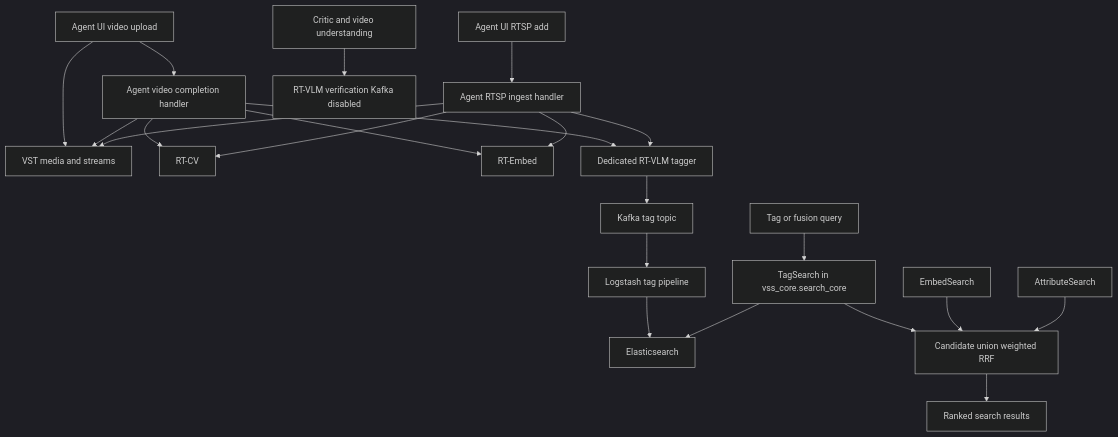
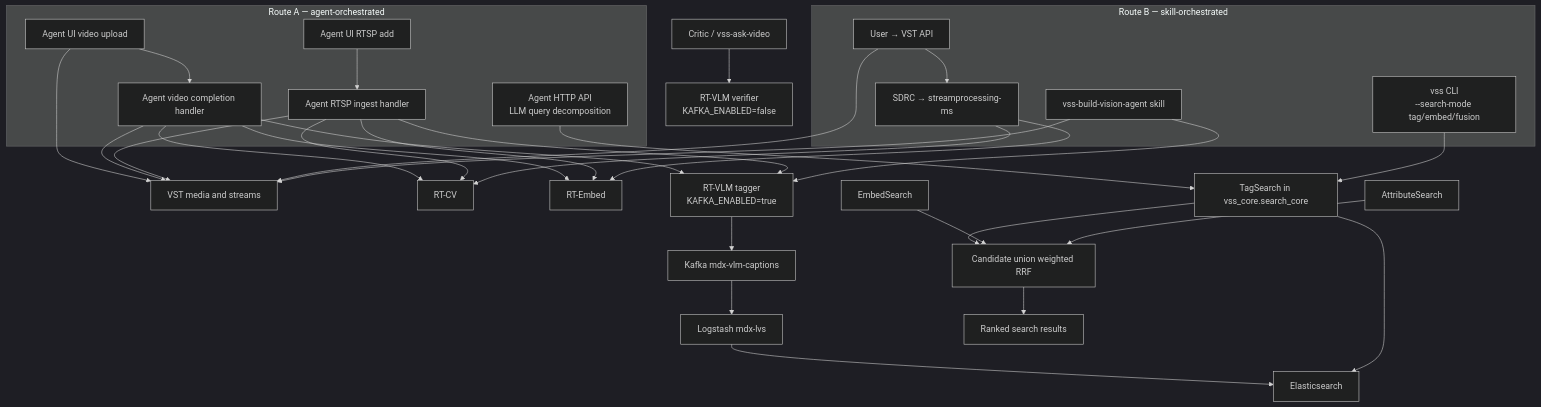
The third of 3 diagrams in docs/designs/vlm-tagging-search.md (ashan-nv/video-search-and-summarization), drawn with Mermaid (dark theme) before and after one commit. The commit also changed other lines of this file, not shown here.

Commit message:
Updated the vlm tagging doc w.r.t deployment route based changes

````diff
--- a/docs/designs/vlm-tagging-search.md
+++ b/docs/designs/vlm-tagging-search.md
@@ -193,48 +224,67 @@
 ```mermaid
 flowchart TD
-    VideoUI["Agent UI video upload"]
-    RtspUI["Agent UI RTSP add"]
+    subgraph A["Route A — agent-orchestrated"]
+        VideoUI["Agent UI video upload"]
+        RtspUI["Agent UI RTSP add"]
+        VideoComplete["Agent video completion handler"]
+        RtspAdd["Agent RTSP ingest handler"]
+        AgentQuery["Agent HTTP API\nLLM query decomposition"]
+    end
+
+    subgraph B["Route B — skill-orchestrated"]
+        UserVST["User → VST API"]
+        SDRC["SDRC → streamprocessing-ms"]
+        Skill["vss-build-vision-agent skill"]
+        CLI["vss CLI\n--search-mode tag/embed/fusion"]
+    end
+
     Vst["VST media and streams"]
-    VideoComplete["Agent video completion handler"]
-    RtspAdd["Agent RTSP ingest handler"]
     RtCv["RT-CV"]
     RtEmbed["RT-Embed"]
-    RtVlm["Dedicated RT-VLM tagger"]
-    VerifyFlow["Critic and video understanding"]
-    VerifyVlm["RT-VLM verification Kafka disabled"]
-    Kafka["Kafka tag topic"]
-    Logstash["Logstash tag pipeline"]
+    RtVlm["RT-VLM tagger\nKAFKA_ENABLED=true"]
+    VerifyVlm["RT-VLM verifier\nKAFKA_ENABLED=false"]
+    Critic["Critic / vss-ask-video"]
+    Kafka["Kafka mdx-vlm-captions"]
+    Logstash["Logstash mdx-lvs"]
     Elasticsearch["Elasticsearch"]
-    Query["Tag or fusion query"]
     TagSearch["TagSearch in vss_core.search_core"]
     EmbedSearch["EmbedSearch"]
     AttributeSearch["AttributeSearch"]
     Fusion["Candidate union weighted RRF"]
     Results["Ranked search results"]
 
     VideoUI --> Vst
     VideoUI --> VideoComplete
     VideoComplete --> Vst
     VideoComplete --> RtCv
     VideoComplete --> RtEmbed
     VideoComplete --> RtVlm
 
     RtspUI --> RtspAdd
     RtspAdd --> Vst
     RtspAdd --> RtCv
     RtspAdd --> RtEmbed
     RtspAdd --> RtVlm
 
-    VerifyFlow --> VerifyVlm
+    UserVST --> Vst
+    UserVST --> SDRC
+    SDRC --> RtCv
+    SDRC --> RtEmbed
+    Skill --> Vst
+    Skill --> RtVlm
+
+    Critic --> VerifyVlm
+
+    AgentQuery --> TagSearch
+    CLI --> TagSearch
 
     RtVlm --> Kafka
     Kafka --> Logstash
     Logstash --> Elasticsearch
 
-    Query --> TagSearch
     TagSearch --> Elasticsearch
     TagSearch --> Fusion
     EmbedSearch --> Fusion
     AttributeSearch --> Fusion
     Fusion --> Results
 ```
````
